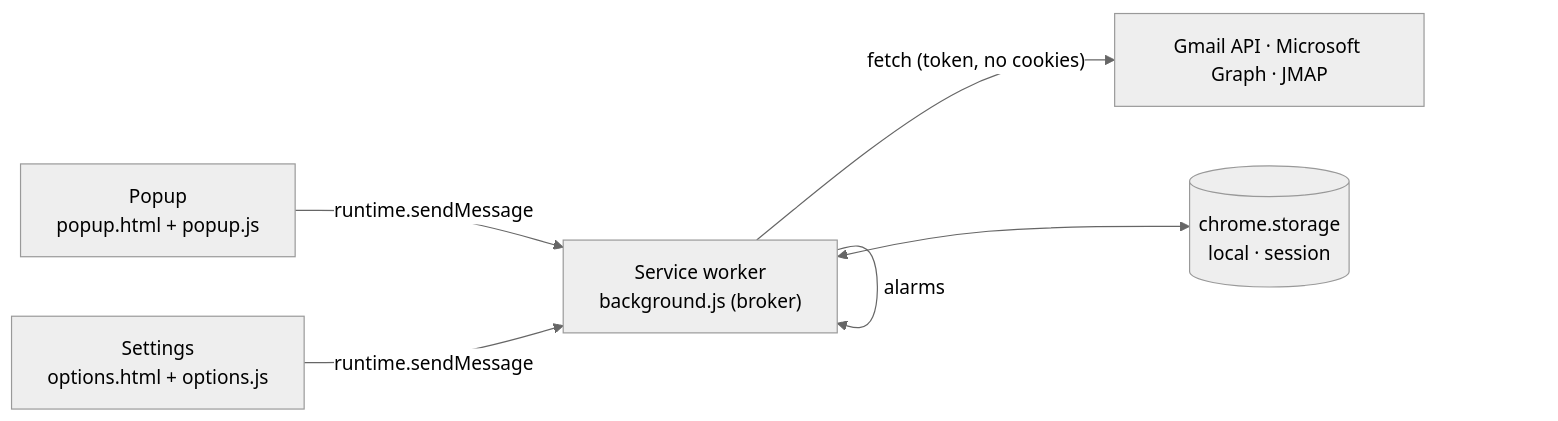
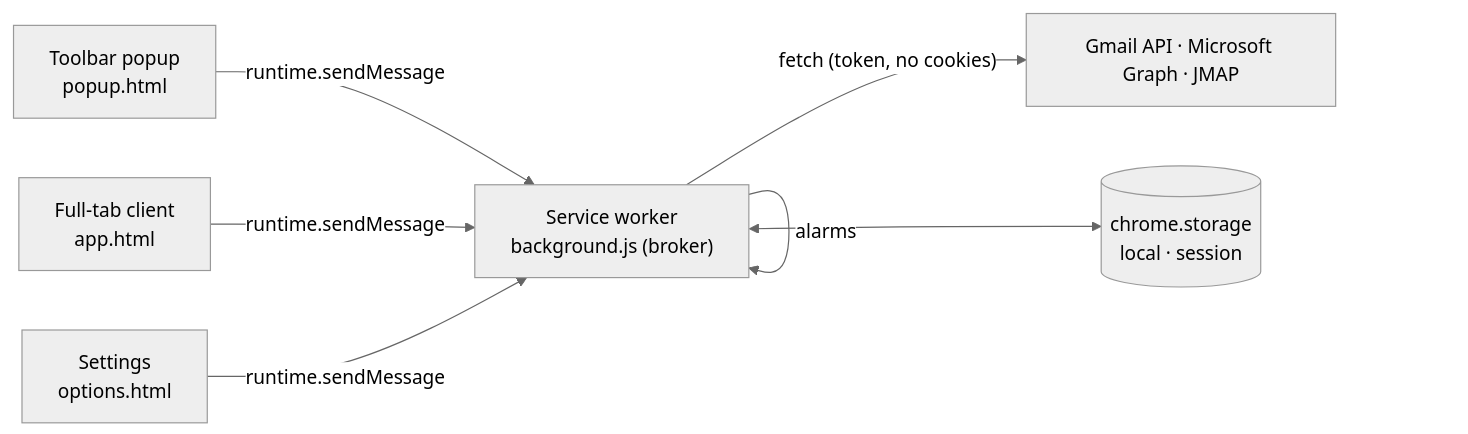
One commit to ziqq/mailchecker changed the diagram in docs/ARCHITECTURE.md. Above: the diagram before and after it, drawn with Mermaid (neutral theme). The commit also changed other lines of this file and 44 other files, not shown here.

First line of the commit message:
Release 0.2.0: Spark-like client in the toolbar

````diff
--- a/docs/ARCHITECTURE.md
+++ b/docs/ARCHITECTURE.md
@@ -5,8 +5,9 @@
 ```mermaid
 flowchart LR
-  popup["Popup<br/>popup.html + popup.js"] -- "runtime.sendMessage" --> worker["Service worker<br/>background.js (broker)"]
-  settings["Settings<br/>options.html + options.js"] -- "runtime.sendMessage" --> worker
+  popup["Toolbar popup<br/>popup.html"] -- "runtime.sendMessage" --> worker["Service worker<br/>background.js (broker)"]
+  tab["Full-tab client<br/>app.html"] -- "runtime.sendMessage" --> worker
+  settings["Settings<br/>options.html"] -- "runtime.sendMessage" --> worker
   worker -- "fetch (token, no cookies)" --> api["Gmail API · Microsoft Graph · JMAP"]
   worker <--> storage[("chrome.storage<br/>local · session")]
   worker -- "alarms" --> worker
 ```
````
